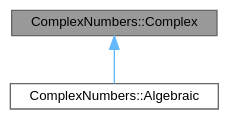
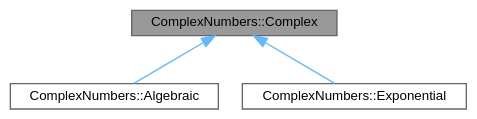
The diagram in classComplexNumbers_1_1Complex__inherit__graph.dot (Swinger365/ComplexNumbers), drawn with Graphviz before and after one commit. The commit also changed 608 other files, not shown here.

```diff
--- a/classComplexNumbers_1_1Complex__inherit__graph.dot
+++ b/classComplexNumbers_1_1Complex__inherit__graph.dot
@@ -1,10 +1,12 @@
 digraph "ComplexNumbers::Complex"
 {
  // LATEX_PDF_SIZE
   bgcolor="transparent";
   edge [fontname=Helvetica,fontsize=10,labelfontname=Helvetica,labelfontsize=10];
   node [fontname=Helvetica,fontsize=10,shape=box,height=0.2,width=0.4];
   Node1 [id="Node000001",label="ComplexNumbers::Complex",height=0.2,width=0.4,color="gray40", fillcolor="grey60", style="filled", fontcolor="black",tooltip="Абстрактная базовая форма комплексного числа."];
   Node1 -> Node2 [id="edge1_Node000001_Node000002",dir="back",color="steelblue1",style="solid",tooltip=" "];
   Node2 [id="Node000002",label="ComplexNumbers::Algebraic",height=0.2,width=0.4,color="gray40", fillcolor="white", style="filled",URL="$classComplexNumbers_1_1Algebraic.html",tooltip="Алгебраическая форма комплексного числа: a + bi."];
+  Node1 -> Node3 [id="edge2_Node000001_Node000003",dir="back",color="steelblue1",style="solid",tooltip=" "];
+  Node3 [id="Node000003",label="ComplexNumbers::Exponential",height=0.2,width=0.4,color="gray40", fillcolor="white", style="filled",URL="$classComplexNumbers_1_1Exponential.html",tooltip="Экспоненциальная форма комплексного числа."];
 }
```
